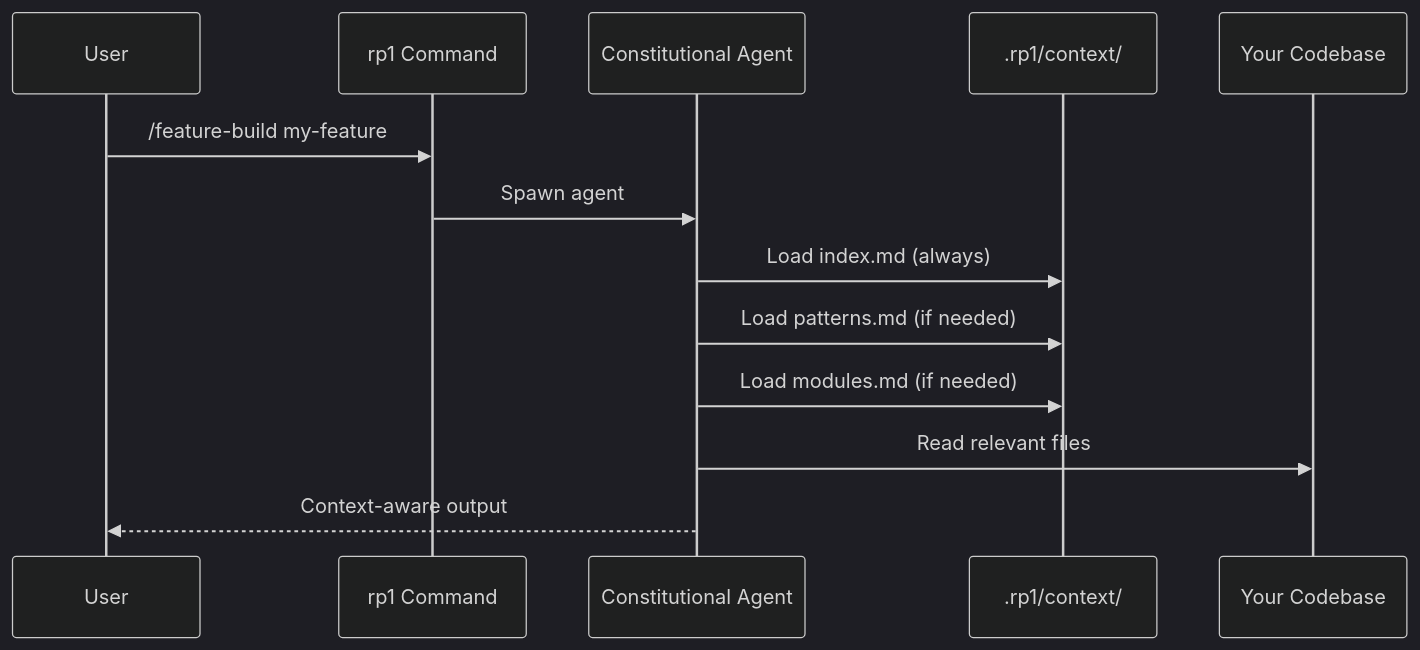
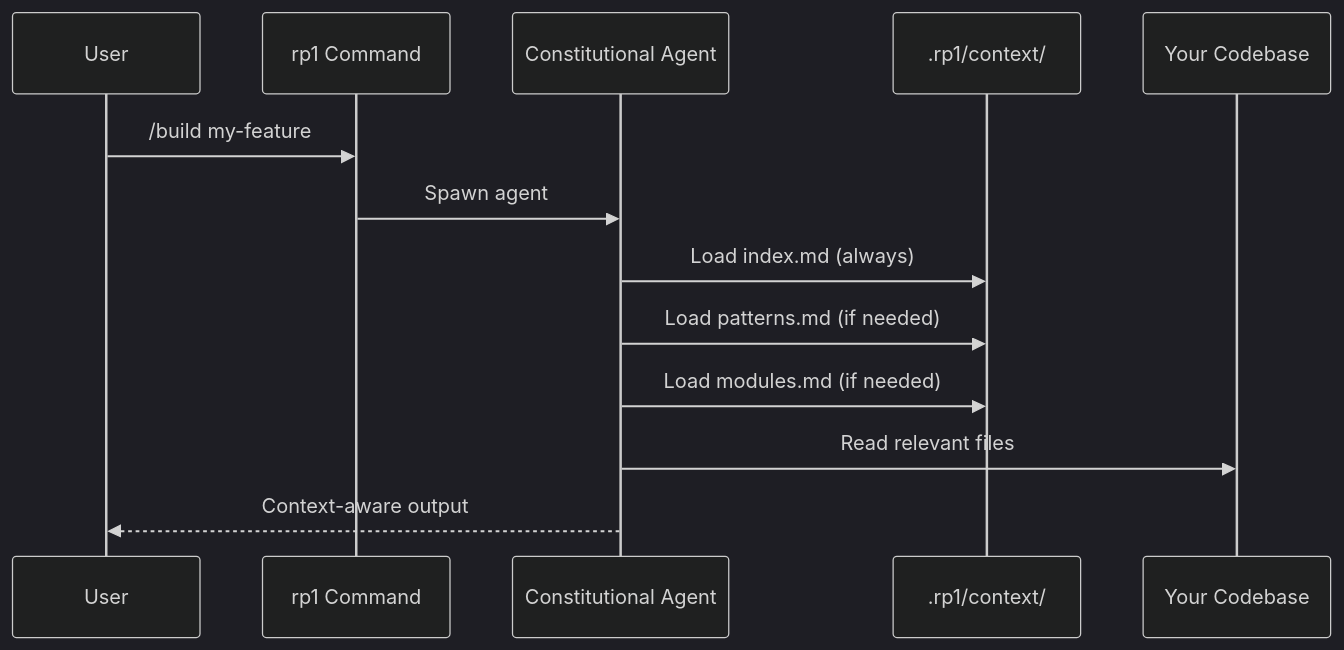
Before and after one commit to rp1-run/rp1: the second of 2 diagrams in docs/concepts/knowledge-aware-agents.md, drawn with Mermaid (dark theme). The commit also changed 42 other files, not shown here.

````diff
--- a/docs/concepts/knowledge-aware-agents.md
+++ b/docs/concepts/knowledge-aware-agents.md
@@ -58,16 +58,16 @@
 ```mermaid
 sequenceDiagram
     participant User
     participant Cmd as rp1 Command
     participant Agent as Constitutional Agent
     participant KB as .rp1/context/
     participant Code as Your Codebase
 
-    User->>Cmd: /feature-build my-feature
+    User->>Cmd: /build my-feature
     Cmd->>Agent: Spawn agent
     Agent->>KB: Load index.md (always)
     Agent->>KB: Load patterns.md (if needed)
     Agent->>KB: Load modules.md (if needed)
     Agent->>Code: Read relevant files
     Agent-->>User: Context-aware output
 ```
````
